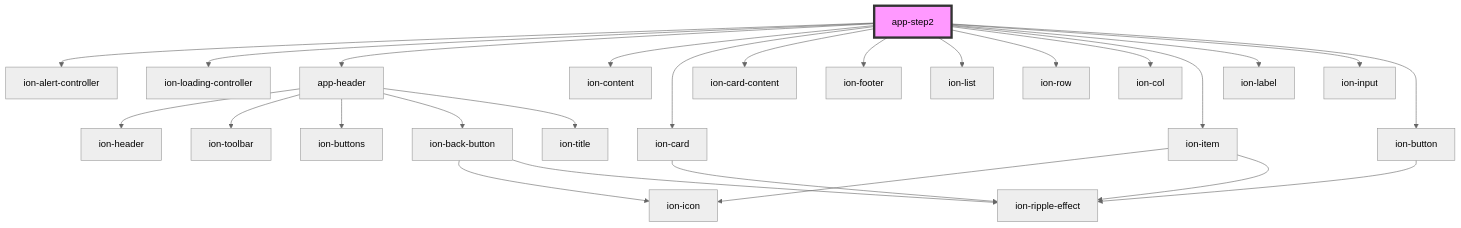
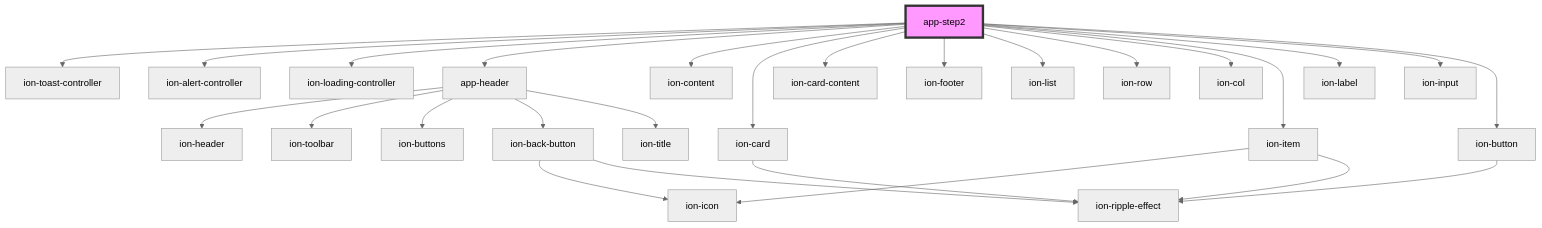
One commit to cuenca-mx/cuenca-shipping changed the diagram in src/components/app-step2/readme.md. Above: the diagram before and after it, drawn with Mermaid (neutral theme). The commit also changed other lines of this file and 4 other files, not shown here.

````diff
--- a/src/components/app-step2/readme.md
+++ b/src/components/app-step2/readme.md
@@ -37,29 +38,30 @@
 ```mermaid
 graph TD;
+  app-step2 --> ion-toast-controller
   app-step2 --> ion-alert-controller
   app-step2 --> ion-loading-controller
   app-step2 --> app-header
   app-step2 --> ion-content
   app-step2 --> ion-card
   app-step2 --> ion-card-content
   app-step2 --> ion-footer
   app-step2 --> ion-list
   app-step2 --> ion-row
   app-step2 --> ion-col
   app-step2 --> ion-item
   app-step2 --> ion-label
   app-step2 --> ion-input
   app-step2 --> ion-button
   app-header --> ion-header
   app-header --> ion-toolbar
   app-header --> ion-buttons
   app-header --> ion-back-button
   app-header --> ion-title
   ion-back-button --> ion-icon
   ion-back-button --> ion-ripple-effect
   ion-card --> ion-ripple-effect
   ion-item --> ion-icon
   ion-item --> ion-ripple-effect
   ion-button --> ion-ripple-effect
   style app-step2 fill:#f9f,stroke:#333,stroke-width:4px
 ```
````
